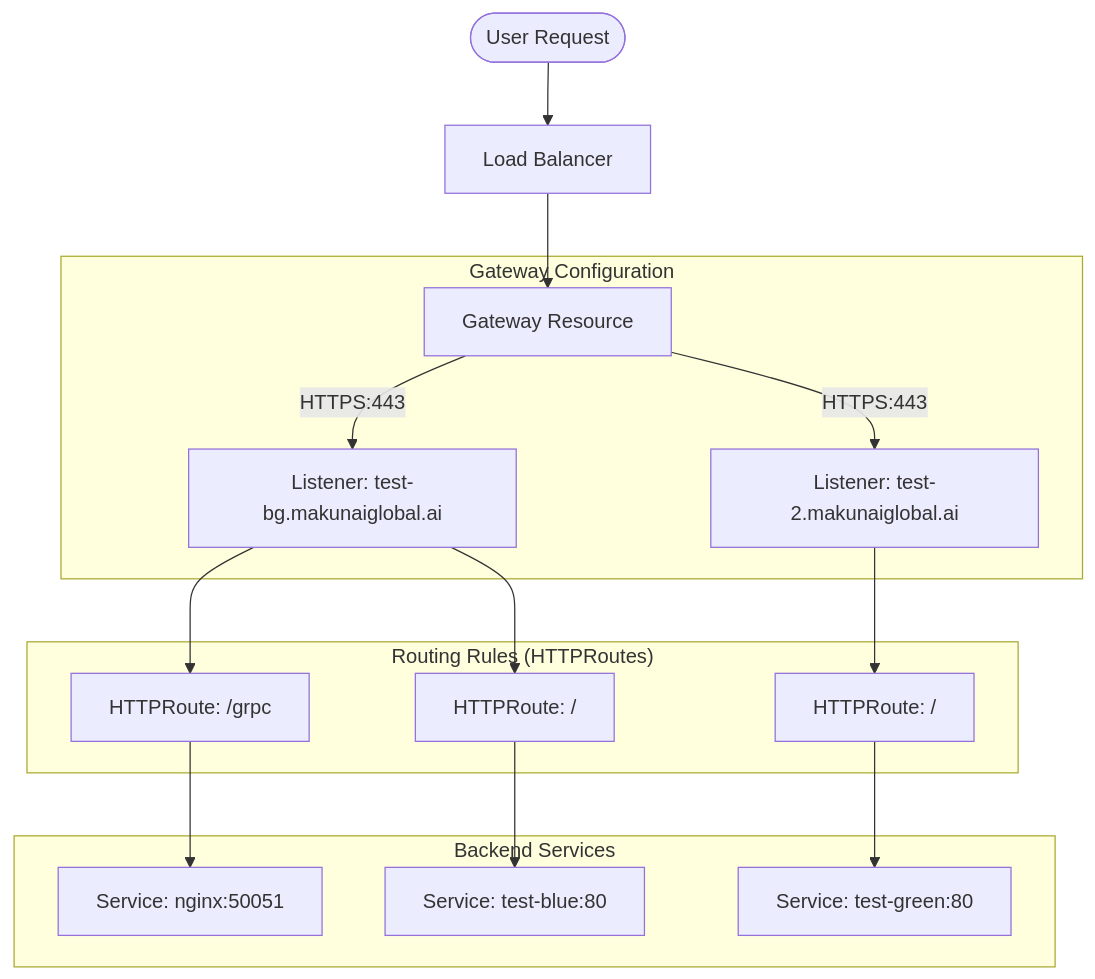
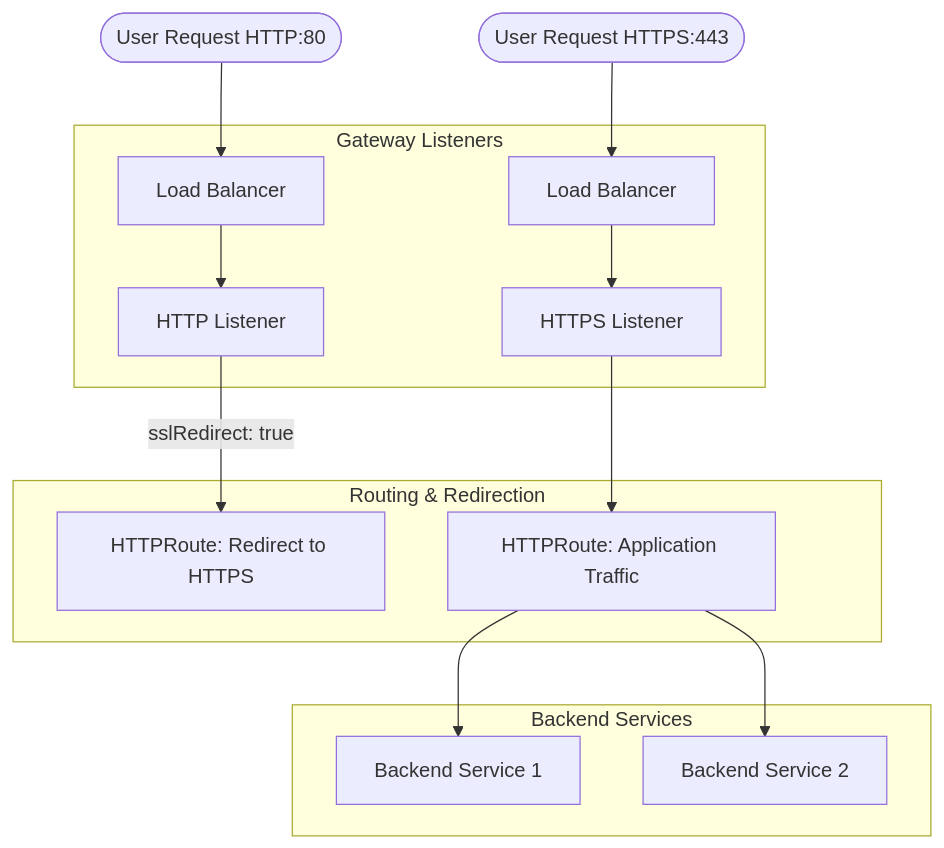
Before and after one commit to Rohit27305/helm-template: the diagram in GATEWAY.md, drawn with Mermaid. The commit also changed other lines of this file and 1 other file, not shown here.

````diff
--- a/GATEWAY.md
+++ b/GATEWAY.md
@@ -73,22 +75,20 @@
 ```mermaid
 graph TD
-    Client([User Request]) --> LB[Load Balancer]
-    LB --> GW[Gateway Resource]
+    Client80([User Request HTTP:80]) --> LB80[Load Balancer]
+    Client443([User Request HTTPS:443]) --> LB443[Load Balancer]
     
-    subgraph "Gateway Configuration"
-        GW -- "HTTPS:443" --> Listener1[Listener: test-bg.makunaiglobal.ai]
-        GW -- "HTTPS:443" --> Listener2[Listener: test-2.makunaiglobal.ai]
+    subgraph "Gateway Listeners"
+        LB80 --> ListenerHTTP[HTTP Listener]
+        LB443 --> ListenerHTTPS[HTTPS Listener]
     end
     
-    subgraph "Routing Rules (HTTPRoutes)"
-        Listener1 --> Route1[HTTPRoute: /grpc]
-        Listener1 --> Route2[HTTPRoute: /]
-        Listener2 --> Route3[HTTPRoute: /]
+    subgraph "Routing & Redirection"
+        ListenerHTTP -- "sslRedirect: true" --> Redirect[HTTPRoute: Redirect to HTTPS]
+        ListenerHTTPS --> RouteHTTPS[HTTPRoute: Application Traffic]
     end
     
     subgraph "Backend Services"
-        Route1 --> Svc1[Service: nginx:50051]
-        Route2 --> Svc2[Service: test-blue:80]
-        Route3 --> Svc3[Service: test-green:80]
+        RouteHTTPS --> Svc1[Backend Service 1]
+        RouteHTTPS --> Svc2[Backend Service 2]
     end
 ```
````
